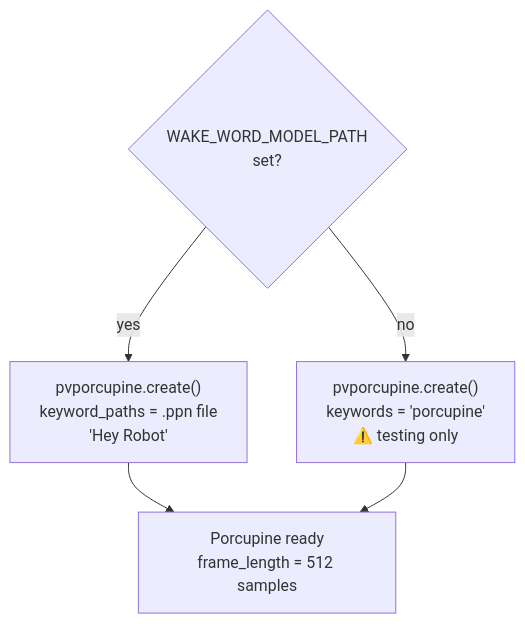
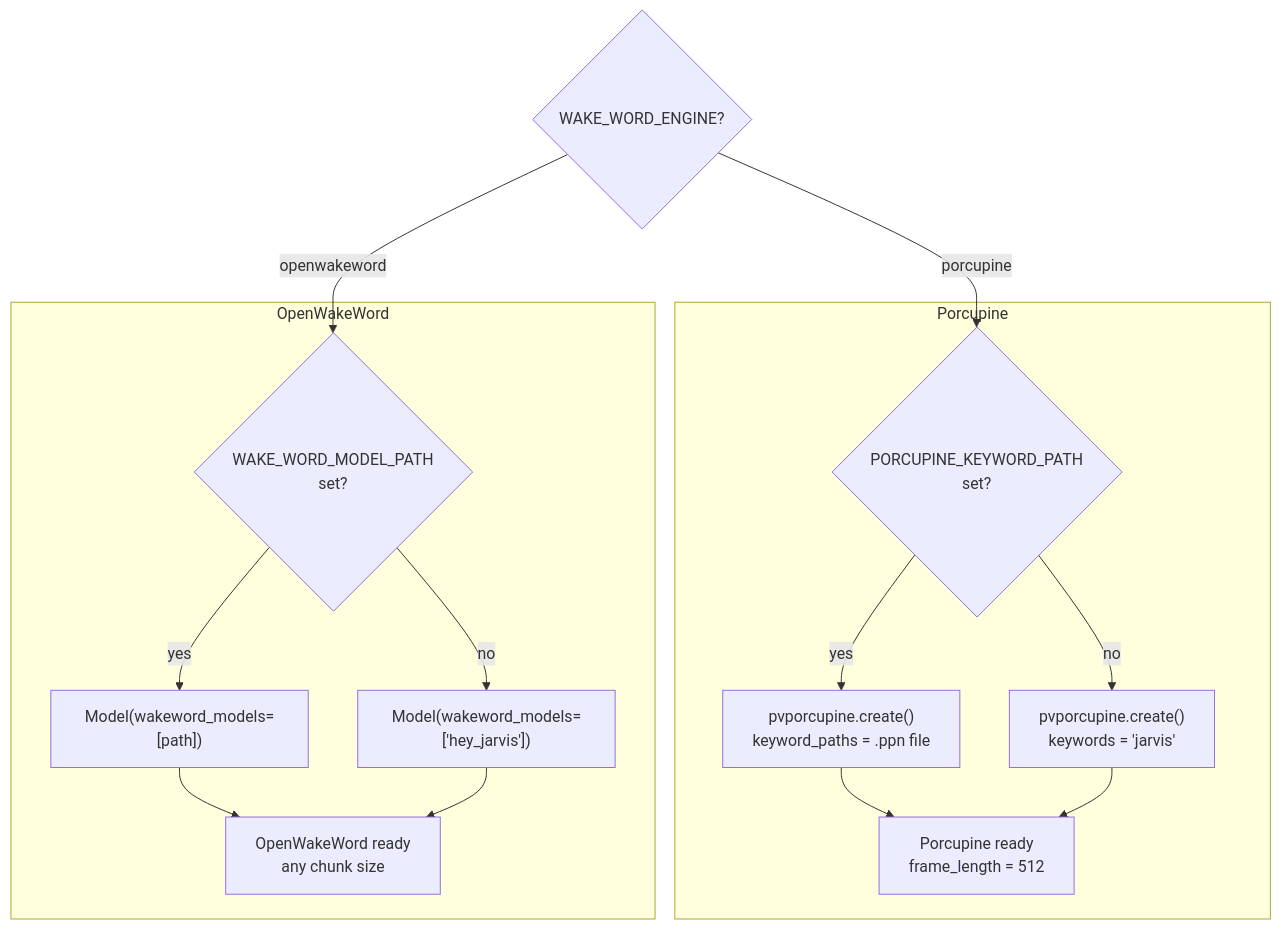
The second of 2 diagrams in docs/03_wake_word_flow.md (armmarov/voice_assistant_app), drawn with Mermaid before and after one commit. The commit also changed other lines of this file and 5 other files, not shown here.

First line of the commit message:
docs: update for conversation mode and dual wake word engines

````diff
--- a/docs/03_wake_word_flow.md
+++ b/docs/03_wake_word_flow.md
@@ -46,10 +46,25 @@
 ```mermaid
 flowchart TD
-    CHECK{WAKE_WORD_MODEL_PATH\nset?}
-    CUSTOM["pvporcupine.create()\nkeyword_paths = .ppn file\n'Hey Robot'"]
-    BUILTIN["pvporcupine.create()\nkeywords = 'porcupine'\n⚠️ testing only"]
-    READY[Porcupine ready\nframe_length = 512 samples]
+    ENGINE{WAKE_WORD_ENGINE?}
 
-    CHECK -->|yes| CUSTOM --> READY
-    CHECK -->|no| BUILTIN --> READY
+    subgraph PPN ["Porcupine"]
+        PPN_CHECK{PORCUPINE_KEYWORD_PATH\nset?}
+        PPN_CUSTOM["pvporcupine.create()\nkeyword_paths = .ppn file"]
+        PPN_BUILTIN["pvporcupine.create()\nkeywords = 'jarvis'"]
+        PPN_READY[Porcupine ready\nframe_length = 512]
+        PPN_CHECK -->|yes| PPN_CUSTOM --> PPN_READY
+        PPN_CHECK -->|no| PPN_BUILTIN --> PPN_READY
+    end
+
+    subgraph OWW ["OpenWakeWord"]
+        OWW_CHECK{WAKE_WORD_MODEL_PATH\nset?}
+        OWW_CUSTOM["Model(wakeword_models=[path])"]
+        OWW_BUILTIN["Model(wakeword_models=['hey_jarvis'])"]
+        OWW_READY[OpenWakeWord ready\nany chunk size]
+        OWW_CHECK -->|yes| OWW_CUSTOM --> OWW_READY
+        OWW_CHECK -->|no| OWW_BUILTIN --> OWW_READY
+    end
+
+    ENGINE -->|porcupine| PPN_CHECK
+    ENGINE -->|openwakeword| OWW_CHECK
 ```
````
